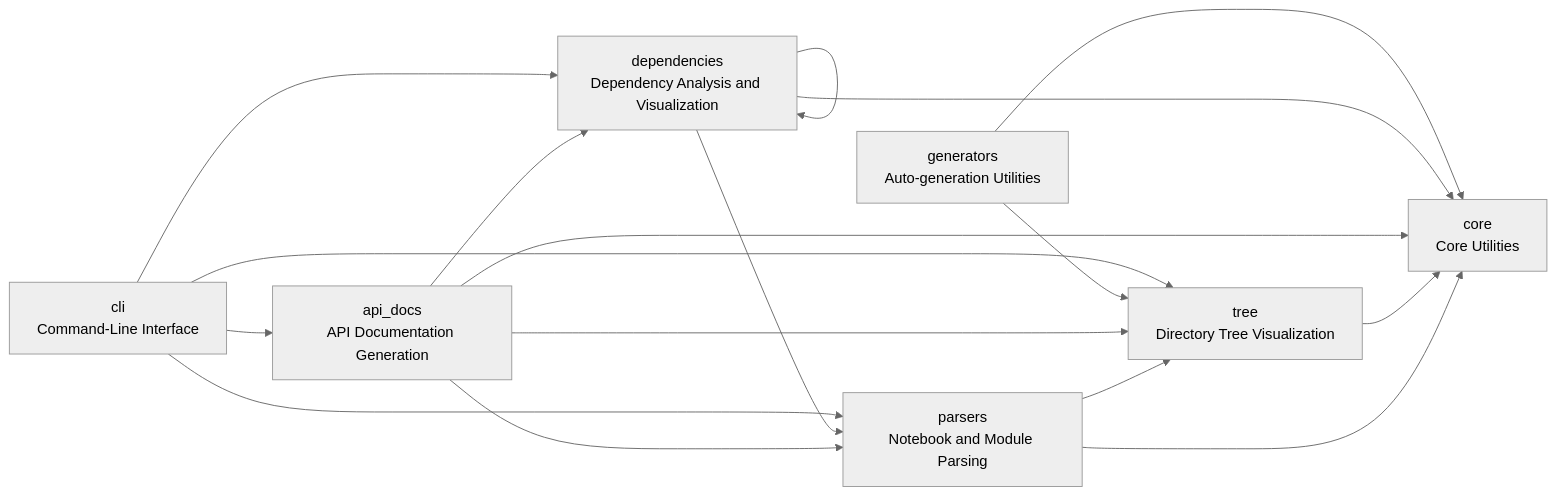
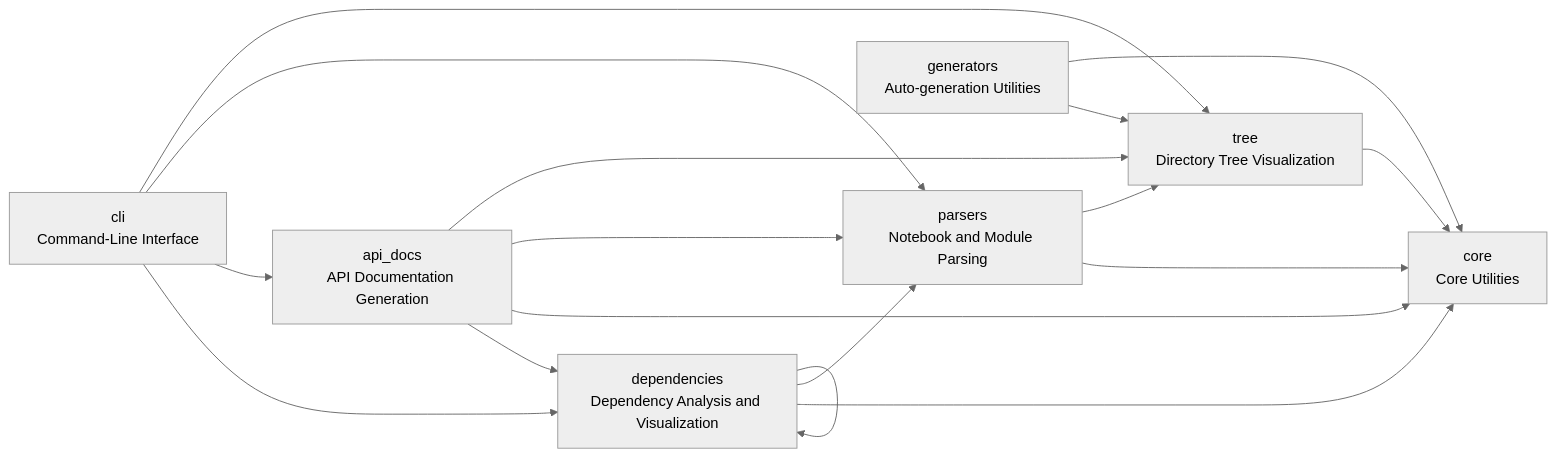
The diagram in README.md (cj-mills/cjm-nbdev-overview), drawn with Mermaid (neutral theme) before and after one commit. The commit also changed other lines of this file and 5 other files, not shown here.

````diff
--- a/README.md
+++ b/README.md
@@ -44,27 +44,27 @@
 ``` mermaid
 graph LR
     core[core<br/>Core Utilities]
     parsers[parsers<br/>Notebook and Module Parsing]
     tree[tree<br/>Directory Tree Visualization]
     api_docs[api_docs<br/>API Documentation Generation]
     dependencies[dependencies<br/>Dependency Analysis and Visualization]
     generators[generators<br/>Auto-generation Utilities]
     cli[cli<br/>Command-Line Interface]
 
     parsers --> tree
     parsers --> core
     tree --> core
+    api_docs --> tree
     api_docs --> parsers
+    api_docs --> core
     api_docs --> dependencies
-    api_docs --> tree
-    api_docs --> core
     dependencies --> dependencies
     dependencies --> parsers
     dependencies --> core
+    generators --> core
     generators --> tree
-    generators --> core
+    cli --> tree
+    cli --> parsers
+    cli --> api_docs
     cli --> dependencies
-    cli --> parsers
-    cli --> tree
-    cli --> api_docs
 ```
````
